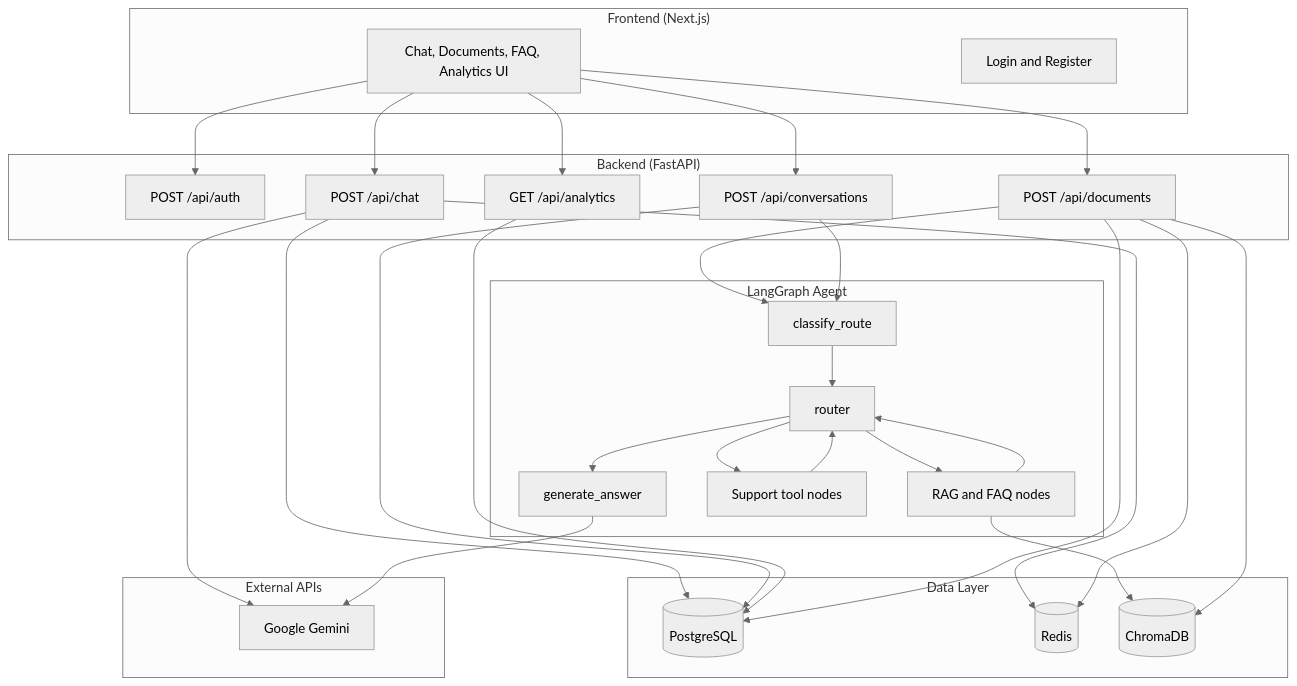
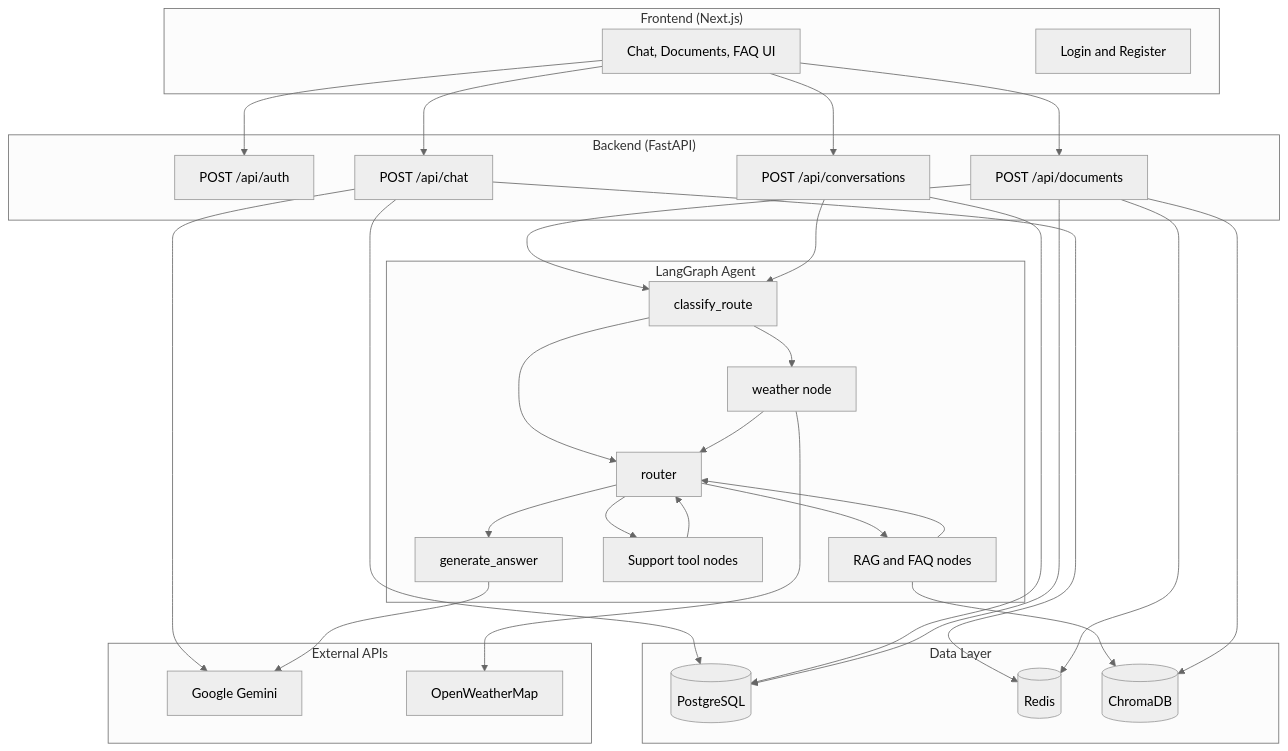
One commit to RitikaPuri-2311/AI-Chatbot changed the diagram in README.md. Above: the diagram before and after it, drawn with Mermaid (neutral theme). The commit also changed other lines of this file and 46 other files, not shown here.

````diff
--- a/README.md
+++ b/README.md
@@ -86,62 +92,63 @@
 ```mermaid
 flowchart TB
     subgraph frontend ["Frontend (Next.js)"]
-        ui["Chat, Documents, FAQ, Analytics UI"]
+        ui["Chat, Documents, FAQ UI"]
         auth_ui["Login and Register"]
     end
 
     subgraph backend ["Backend (FastAPI)"]
         auth_r["POST /api/auth"]
         chat_r["POST /api/chat"]
         doc_r["POST /api/documents"]
         conv_r["POST /api/conversations"]
-        analytics_r["GET /api/analytics"]
     end
 
     subgraph agent ["LangGraph Agent"]
         classify["classify_route"]
         router_node["router"]
         rag_nodes["RAG and FAQ nodes"]
         support_nodes["Support tool nodes"]
+        weather_node["weather node"]
         gen["generate_answer"]
     end
 
     subgraph data ["Data Layer"]
         pg[("PostgreSQL")]
         redis_db[("Redis")]
         chroma[("ChromaDB")]
     end
 
     subgraph external ["External APIs"]
         gemini["Google Gemini"]
+        openweather["OpenWeatherMap"]
     end
 
     ui --> auth_r
     ui --> chat_r
     ui --> doc_r
     ui --> conv_r
-    ui --> analytics_r
 
     chat_r --> gemini
     chat_r --> pg
     chat_r --> redis_db
 
     doc_r --> classify
     conv_r --> classify
     conv_r --> pg
 
-    analytics_r --> pg
-
     classify --> router_node
+    classify --> weather_node
     router_node --> rag_nodes
     router_node --> support_nodes
     rag_nodes --> chroma
     rag_nodes --> router_node
     support_nodes --> router_node
+    weather_node --> openweather
+    weather_node --> router_node
     router_node --> gen
     gen --> gemini
 
     doc_r --> pg
     doc_r --> chroma
     doc_r --> redis_db
 ```
````
